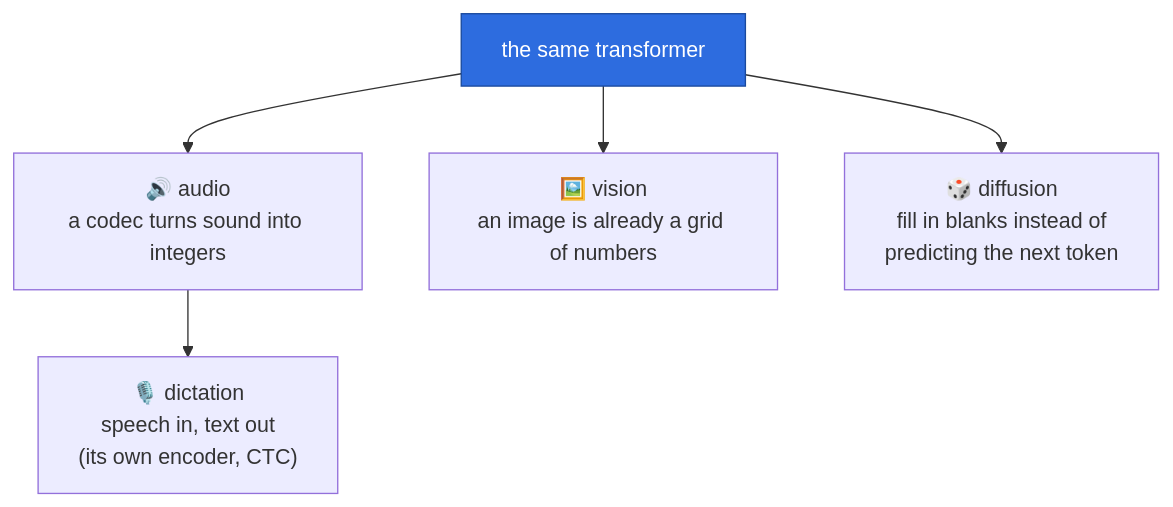
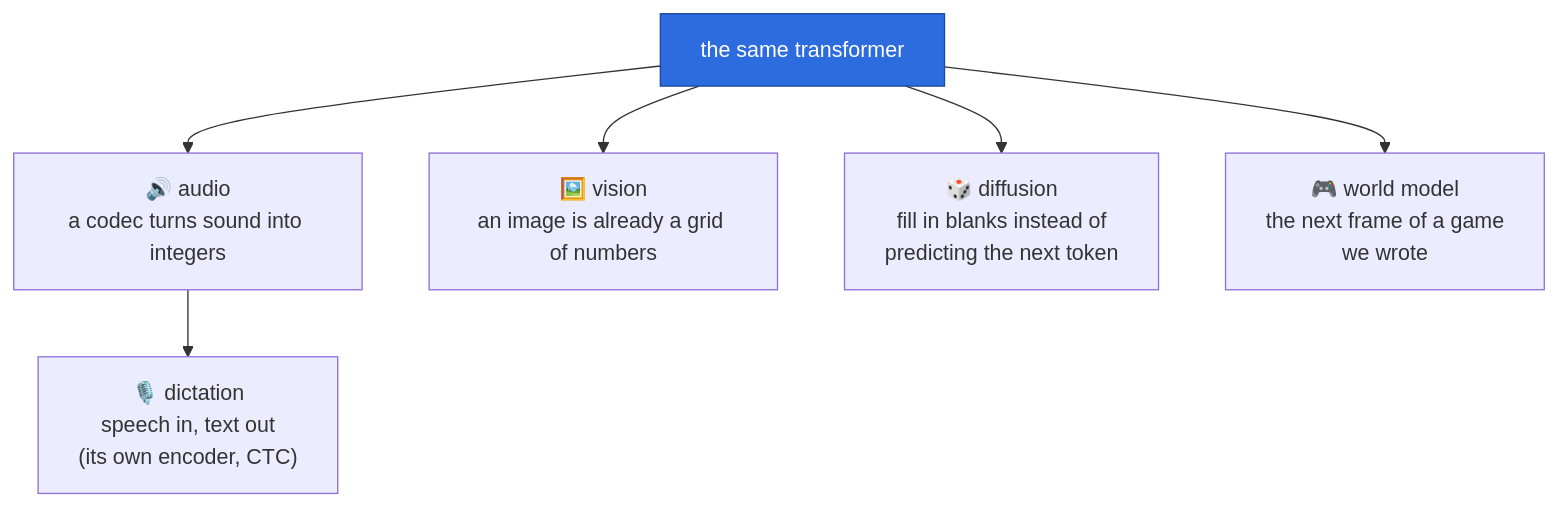
Before and after one commit to kunwarmahen/aksharallm: the sixth of 7 diagrams in docs/01-journeys.md, drawn with Mermaid. The commit also changed other lines of this file and 6 other files, not shown here.

Commit message:
Document the day's builds: hybrid linear attention in the model chapter, a world-model chapter, voice cloning and unseen speakers in the audio chapter, and their routes

````diff
--- a/docs/01-journeys.md
+++ b/docs/01-journeys.md
@@ -573,9 +587,10 @@
 ```mermaid
 flowchart TD
     T["the same transformer"] --> A["🔊 audio<br/>a codec turns sound into integers"]
     T --> V["🖼️ vision<br/>an image is already a grid of numbers"]
     A --> R["🎙️ dictation<br/>speech in, text out<br/>(its own encoder, CTC)"]
     T --> D["🎲 diffusion<br/>fill in blanks instead of<br/>predicting the next token"]
+    T --> W["🎮 world model<br/>the next frame of a game<br/>we wrote"]
     classDef s fill:#2d6cdf,stroke:#1a4a9e,color:#fff
     class T s
 ```
````
